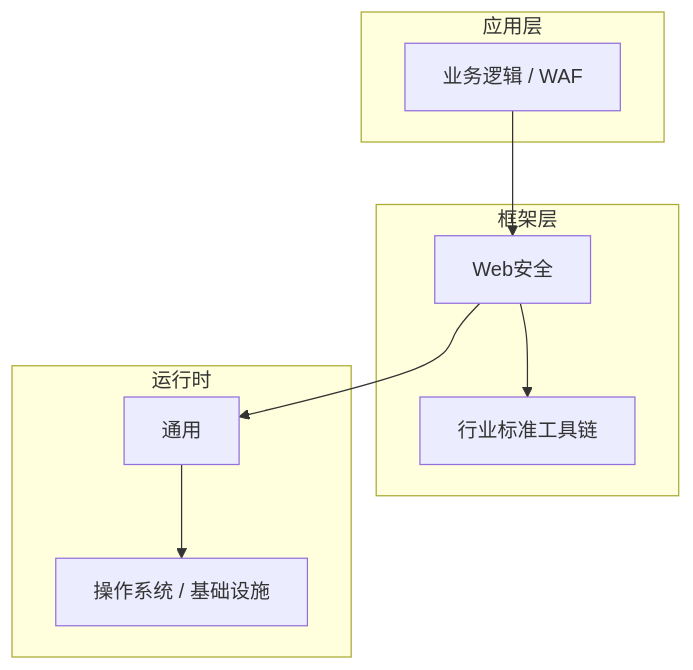
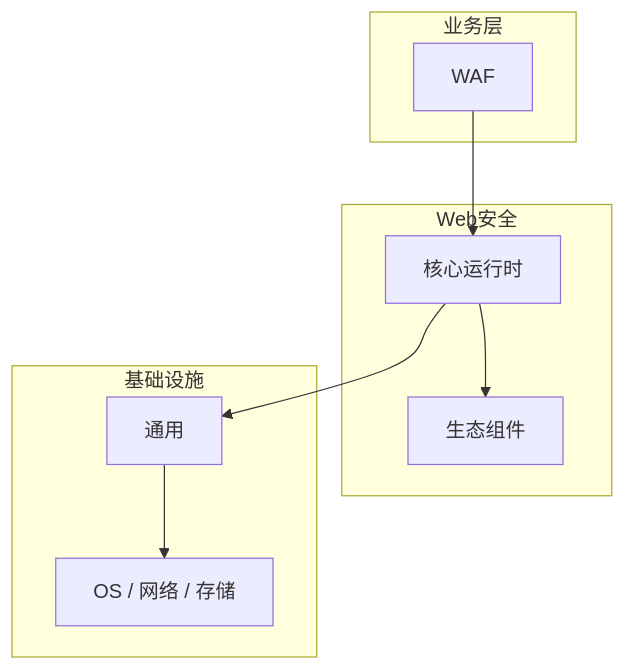
The diagram in articles/Web安全/chapters/101-WAF核心概念与原理.md (yanggan2015/knowledge-json-v2), drawn with Mermaid before and after one commit. The commit also changed other lines of this file and 10127 other files, not shown here.

````diff
--- a/articles/Web安全/chapters/101-WAF核心概念与原理.md
+++ b/articles/Web安全/chapters/101-WAF核心概念与原理.md
@@ -46,18 +31,18 @@
 ```mermaid
 graph TB
-    subgraph 应用层
-        A[业务逻辑 / WAF]
+    subgraph 业务层
+        A[WAF]
     end
-    subgraph 框架层
-        B[Web安全]
-        C[行业标准工具链]
+    subgraph Web安全
+        B[核心运行时]
+        C[生态组件]
     end
-    subgraph 运行时
+    subgraph 基础设施
         D[通用]
-        E[操作系统 / 基础设施]
+        E[OS / 网络 / 存储]
     end
     A --> B
     B --> C
     B --> D
     D --> E
 ```
````
